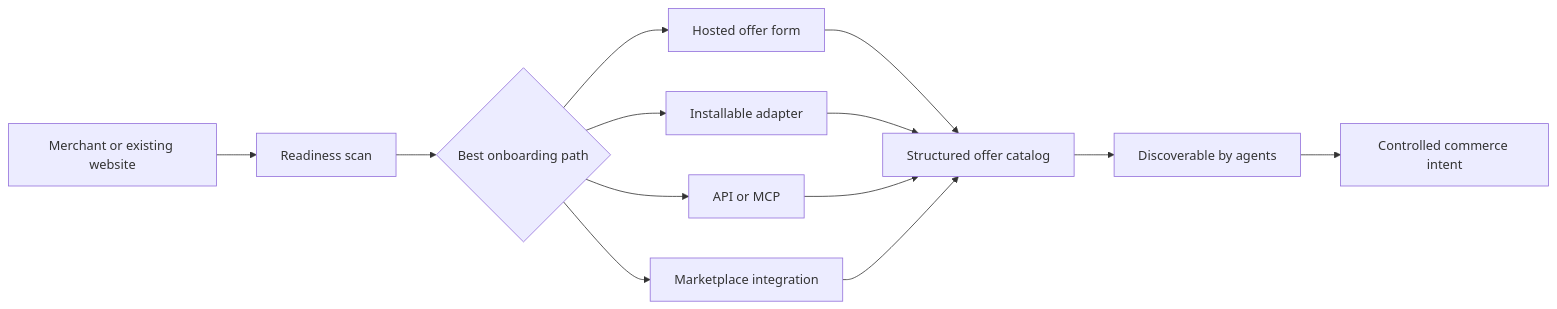
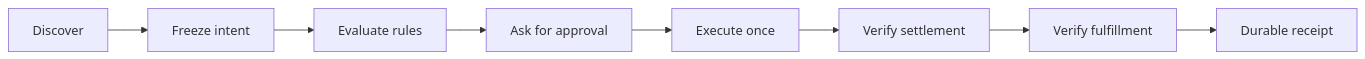
Before and after one commit to CaBsCrypto/agente-asistente: the second of 2 diagrams in README.md, drawn with Mermaid. The commit also changed other lines of this file and 5 other files, not shown here.

````diff
--- a/README.md
+++ b/README.md
@@ -85,15 +105,10 @@
-```mermaid
+~~~mermaid
 flowchart LR
-    SITE["Merchant or existing website"] --> SCAN["Readiness scan"]
-    SCAN --> PATH{"Best onboarding path"}
-    PATH --> FORM["Hosted offer form"]
-    PATH --> SCRIPT["Installable adapter"]
-    PATH --> API["API or MCP"]
-    PATH --> ENTERPRISE["Marketplace integration"]
-    FORM --> CATALOG["Structured offer catalog"]
-    SCRIPT --> CATALOG
-    API --> CATALOG
-    ENTERPRISE --> CATALOG
-    CATALOG --> AGENTS["Discoverable by agents"]
-    AGENTS --> INTENT["Controlled commerce intent"]
-```
+    D["Discover"] --> I["Freeze intent"]
+    I --> R["Evaluate rules"]
+    R --> A["Ask for approval"]
+    A --> E["Execute once"]
+    E --> V["Verify settlement"]
+    V --> F["Verify fulfillment"]
+    F --> X["Durable receipt"]
+~~~
````
